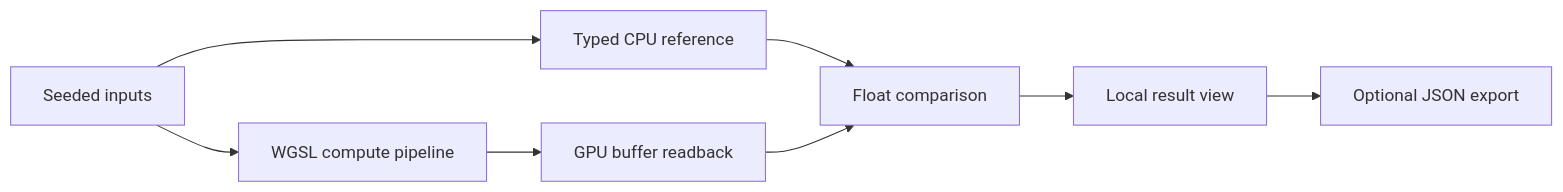
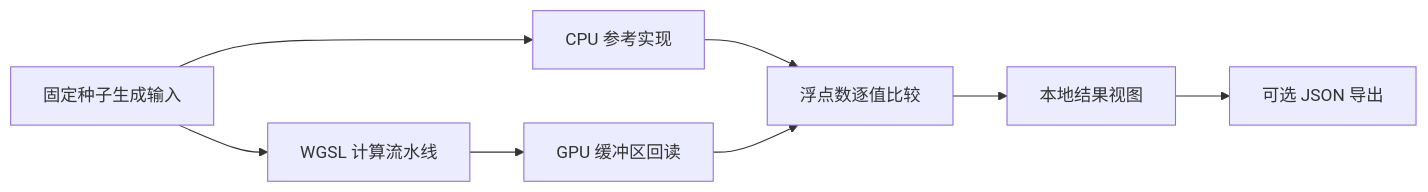
Before and after one commit to abc123dx/webgpu-kernel-lab: the diagram in README.md, drawn with Mermaid. The commit also changed other lines of this file and 23 other files, not shown here.

````diff
--- a/README.md
+++ b/README.md
@@ -59,10 +57,10 @@
 ```mermaid
 flowchart LR
-  A["Seeded inputs"] --> B["Typed CPU reference"]
-  A --> C["WGSL compute pipeline"]
-  C --> D["GPU buffer readback"]
-  B --> E["Float comparison"]
+  A["固定种子生成输入"] --> B["CPU 参考实现"]
+  A --> C["WGSL 计算流水线"]
+  C --> D["GPU 缓冲区回读"]
+  B --> E["浮点数逐值比较"]
   D --> E
-  E --> F["Local result view"]
-  F --> G["Optional JSON export"]
+  E --> F["本地结果视图"]
+  F --> G["可选 JSON 导出"]
 ```
````
